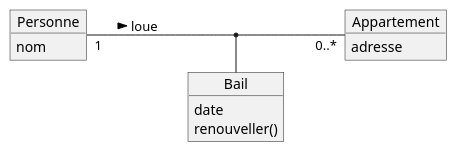
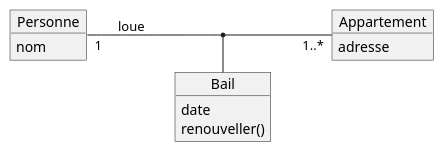
One commit to AlimouDiallo367/1SY-AnalyseObjet changed the diagram in UML/Exercices03/question02.wsd. Above: the diagram before and after it, drawn with PlantUML. The commit also changed 9 other files, not shown here.

```diff
--- a/UML/Exercices03/question02.wsd
+++ b/UML/Exercices03/question02.wsd
@@ -1,17 +1,17 @@
 @startuml 
 left to right direction 
 
 object Personne
 object Appartement
 object Bail
 
 Personne : nom
 Appartement : adresse 
 Bail : date
 Bail : renouveller()
 
 ' (Bail, Personne) o-- Appartement
-Personne "1" -- "0..*" Appartement : loue >
+Personne "1" -- "1..*" Appartement : loue 
 (Personne, Appartement) -- Bail
 
 @enduml
```
